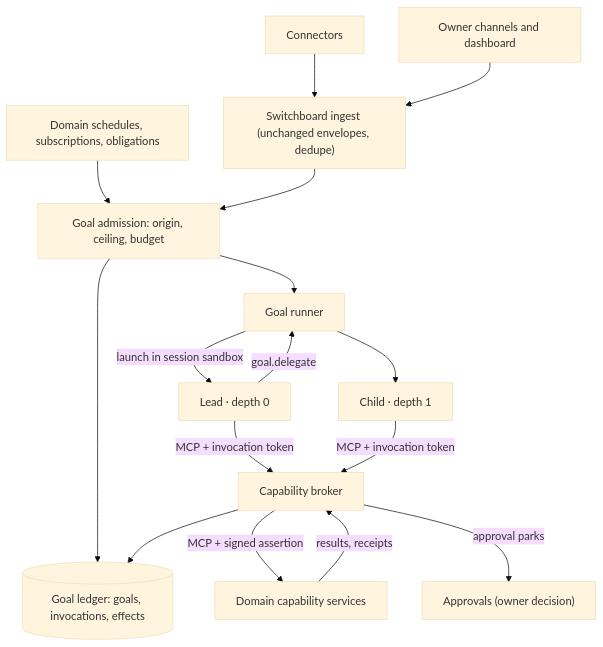
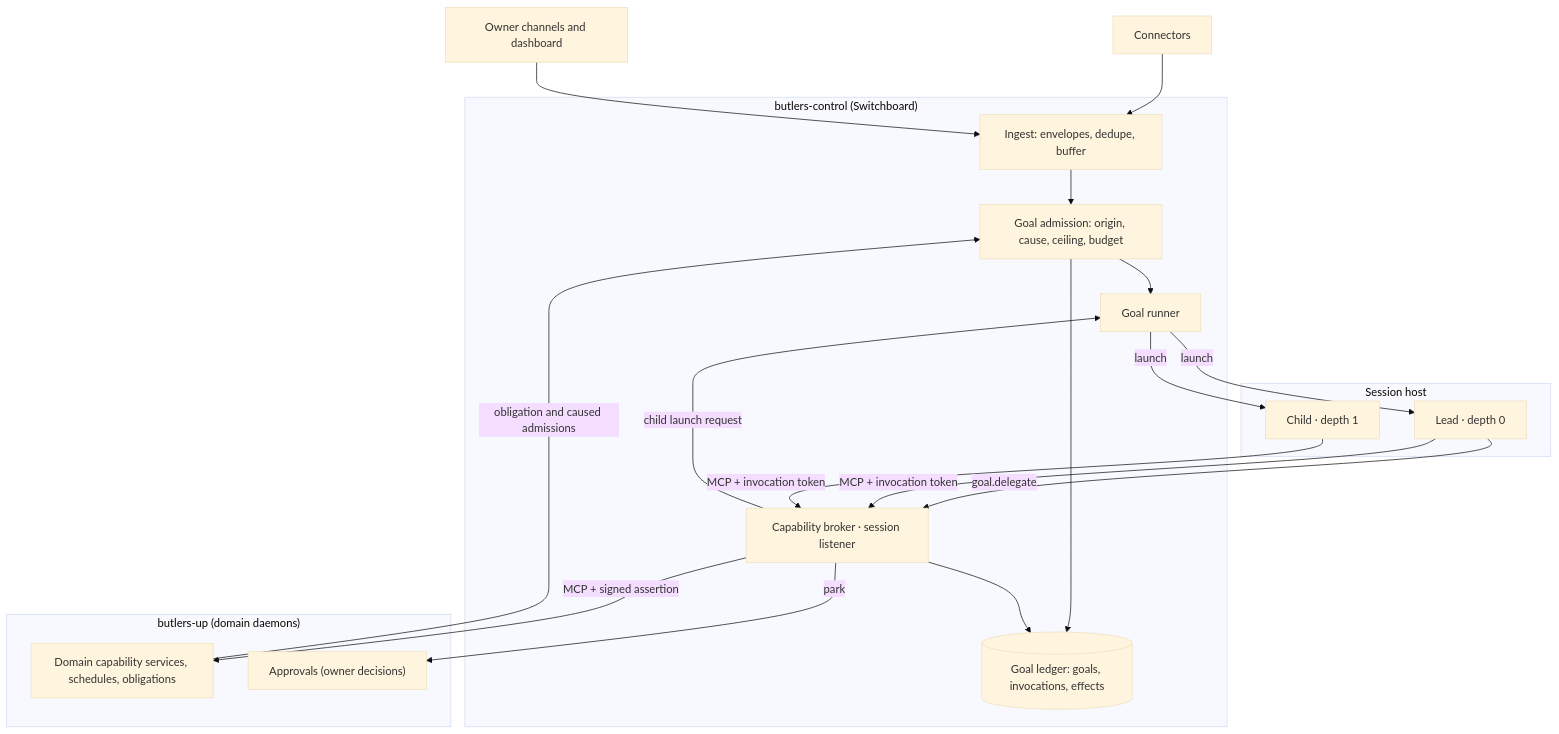
One commit to tzeusy-org/butlers changed the diagram in about/legends-and-lore/rfcs/0038-goal-runtime-and-capability-authorization.md. Above: the diagram before and after it, drawn with Mermaid (base theme). The commit also changed other lines of this file and 13 other files, not shown here.

First line of the commit message:
docs: address independent review of RFC 0038 and record owner decisions [bu-7p9ll5]

````diff
--- a/about/legends-and-lore/rfcs/0038-goal-runtime-and-capability-authorization.md
+++ b/about/legends-and-lore/rfcs/0038-goal-runtime-and-capability-authorization.md
@@ -114,18 +121,33 @@
 ```mermaid
 flowchart TB
-    Conn["Connectors"] --> Ingest["Switchboard ingest (unchanged envelopes, dedupe)"]
-    Sched["Domain schedules, subscriptions, obligations"] --> Admit
+    subgraph Control["butlers-control (Switchboard)"]
+        Ingest["Ingest: envelopes, dedupe, buffer"]
+        Admit["Goal admission: origin, cause, ceiling, budget"]
+        Ledger[("Goal ledger: goals, invocations, effects")]
+        Runner["Goal runner"]
+        Broker["Capability broker · session listener"]
+    end
+    subgraph SessionHost["Session host"]
+        Lead["Lead · depth 0"]
+        Child["Child · depth 1"]
+    end
+    subgraph Up["butlers-up (domain daemons)"]
+        Domains["Domain capability services, schedules, obligations"]
+        Approvals["Approvals (owner decisions)"]
+    end
+    Conn["Connectors"] --> Ingest
     Owner["Owner channels and dashboard"] --> Ingest
-    Ingest --> Admit["Goal admission: origin, ceiling, budget"]
-    Admit --> Ledger[("Goal ledger: goals, invocations, effects")]
-    Admit --> Runner["Goal runner"]
-    Runner -->|"launch in session sandbox"| Lead["Lead · depth 0"]
-    Lead -->|"goal.delegate"| Runner
-    Runner --> Child["Child · depth 1"]
-    Lead -->|"MCP + invocation token"| Broker["Capability broker"]
+    Ingest --> Admit
+    Domains -->|"obligation and caused admissions"| Admit
+    Admit --> Ledger
+    Admit --> Runner
+    Runner -->|"launch"| Lead
+    Lead -->|"goal.delegate"| Broker
+    Broker -->|"child launch request"| Runner
+    Runner -->|"launch"| Child
+    Lead -->|"MCP + invocation token"| Broker
     Child -->|"MCP + invocation token"| Broker
-    Broker -->|"MCP + signed assertion"| Domains["Domain capability services"]
+    Broker -->|"MCP + signed assertion"| Domains
     Broker --> Ledger
-    Domains -->|"results, receipts"| Broker
-    Broker -->|"approval parks"| Approvals["Approvals (owner decision)"]
+    Broker -->|"park"| Approvals
 ```
````
